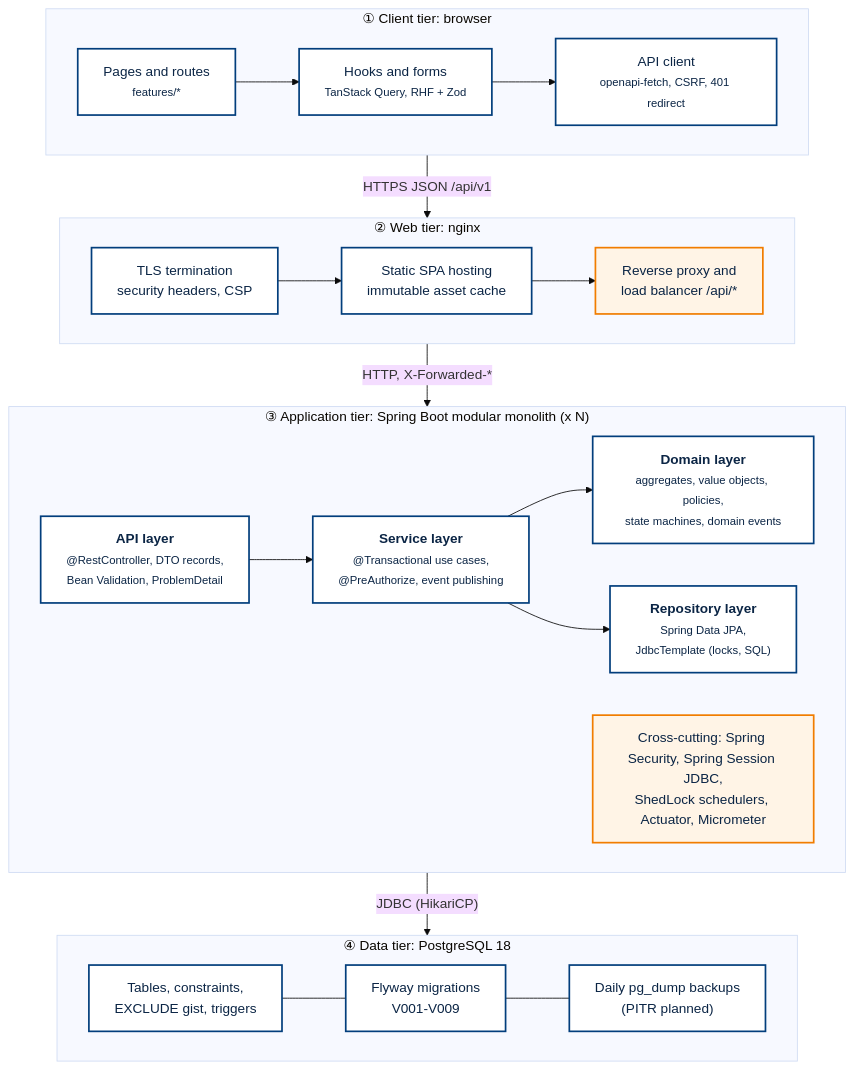
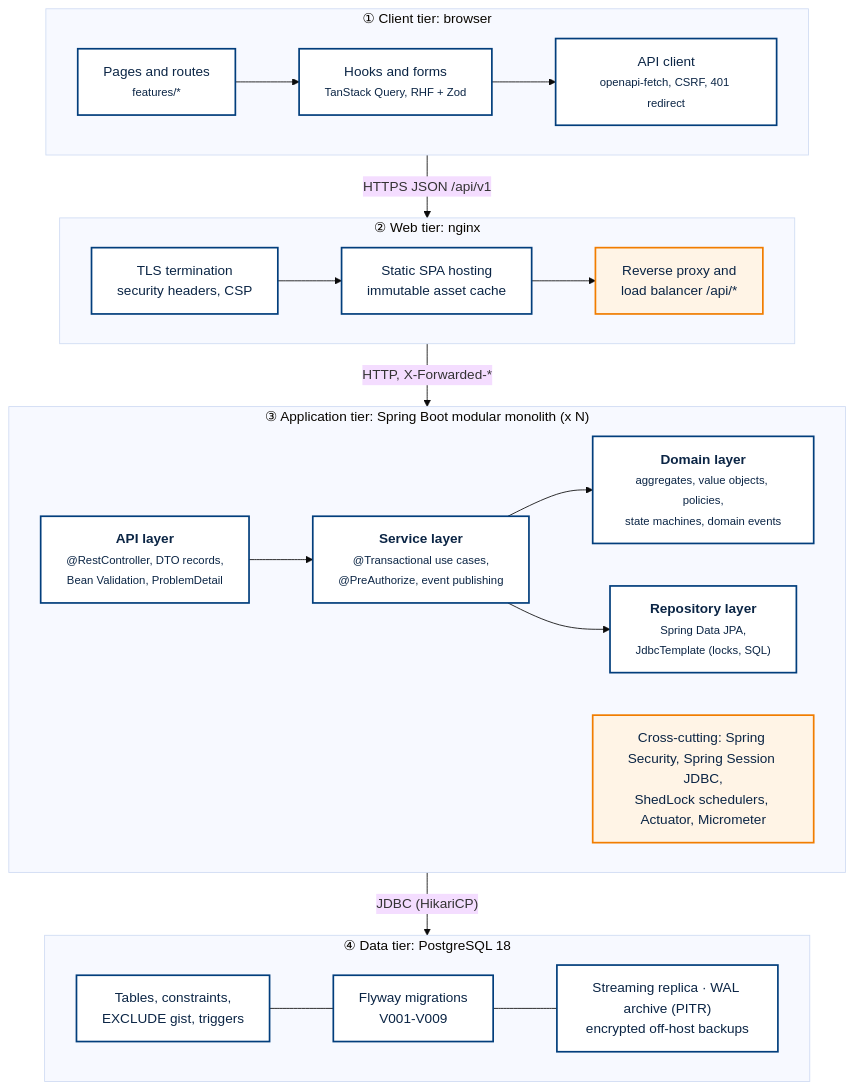
One commit to cpg25ncu/shared-equipment-reservation-and-maintenance-system changed the diagram in docs/diagrams/report/03-tiers-layers.mmd. Above: the diagram before and after it, drawn with Mermaid (base theme). The commit also changed 43 other files, not shown here.

First line of the commit message:
feat(data-tier): read replica, point-in-time recovery, off-host backups and edge rate limits

```diff
--- a/docs/diagrams/report/03-tiers-layers.mmd
+++ b/docs/diagrams/report/03-tiers-layers.mmd
@@ -1,23 +1,23 @@
 %% Tiers and layers
 flowchart TB
   classDef tier fill:#FFFFFF,stroke:#023E7C,stroke-width:2px,color:#0B2545
   classDef hot fill:#FFF4E6,stroke:#F17D00,stroke-width:2px,color:#0B2545
   subgraph T1["① Client tier: browser"]
     direction LR
     P1["Pages and routes<br/><small>features/*</small>"]:::tier --> P2["Hooks and forms<br/><small>TanStack Query, RHF + Zod</small>"]:::tier --> P3["API client<br/><small>openapi-fetch, CSRF, 401 redirect</small>"]:::tier
   end
   subgraph T2["② Web tier: nginx"]
     direction LR
     W1["TLS termination<br/>security headers, CSP"]:::tier --> W2["Static SPA hosting<br/>immutable asset cache"]:::tier --> W3["Reverse proxy and<br/>load balancer /api/*"]:::hot
   end
   subgraph T3["③ Application tier: Spring Boot modular monolith (x N)"]
     direction LR
     L1["<b>API layer</b><br/><small>@RestController, DTO records,<br/>Bean Validation, ProblemDetail</small>"]:::tier --> L2["<b>Service layer</b><br/><small>@Transactional use cases,<br/>@PreAuthorize, event publishing</small>"]:::tier --> L3["<b>Domain layer</b><br/><small>aggregates, value objects, policies,<br/>state machines, domain events</small>"]:::tier
     L2 --> L4["<b>Repository layer</b><br/><small>Spring Data JPA,<br/>JdbcTemplate (locks, SQL)</small>"]:::tier
     X["Cross-cutting: Spring Security, Spring Session JDBC,<br/>ShedLock schedulers, Actuator, Micrometer"]:::hot
   end
   subgraph T4["④ Data tier: PostgreSQL 18"]
     direction LR
-    D1["Tables, constraints,<br/>EXCLUDE gist, triggers"]:::tier --- D2["Flyway migrations<br/>V001-V009"]:::tier --- D3["Daily pg_dump backups<br/>(PITR planned)"]:::tier
+    D1["Tables, constraints,<br/>EXCLUDE gist, triggers"]:::tier --- D2["Flyway migrations<br/>V001-V009"]:::tier --- D3["Streaming replica · WAL archive (PITR)<br/>encrypted off-host backups"]:::tier
   end
   T1 -- "HTTPS JSON /api/v1" --> T2 -- "HTTP, X-Forwarded-*" --> T3 -- "JDBC (HikariCP)" --> T4
```
